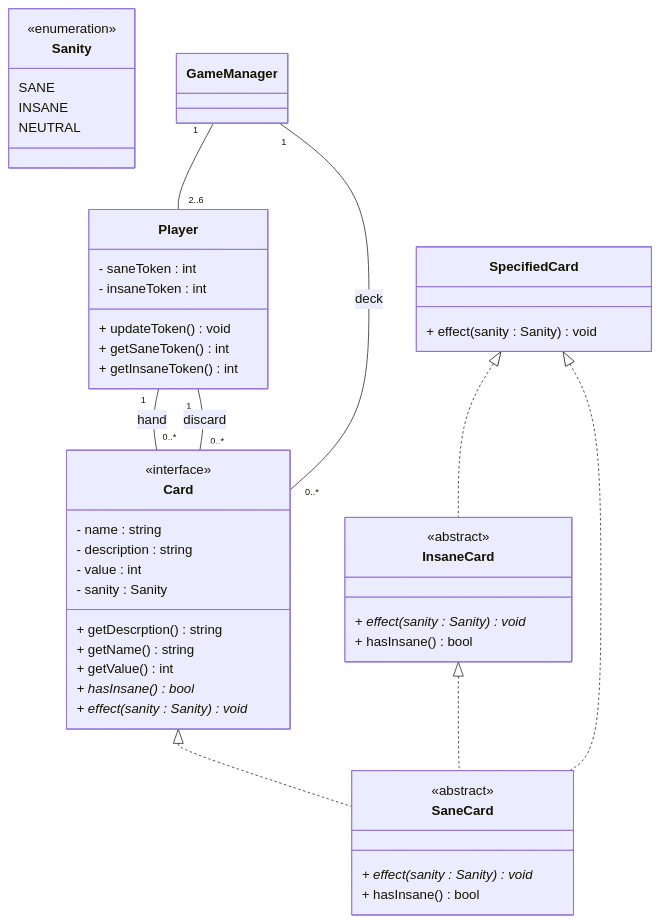
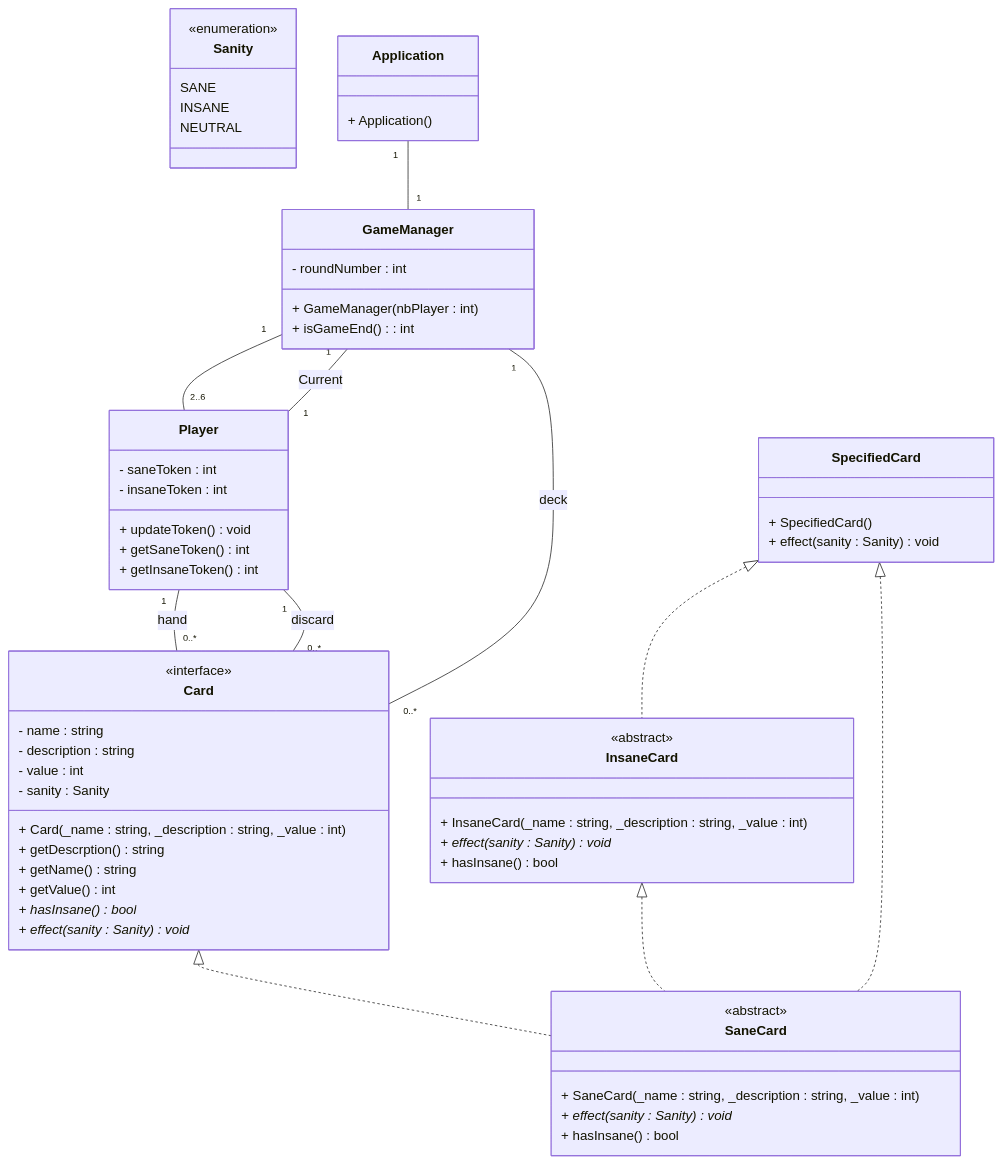
The diagram in docs/uml.mmd (Marsevil/LovecraftLetter_IA), drawn with Mermaid before and after one commit. The commit also changed 1 other file, not shown here.

Commit message:
docs(uml): Final uml
--

main

```diff
--- a/docs/uml.mmd
+++ b/docs/uml.mmd
@@ -1,59 +1,72 @@
 classDiagram
     class Sanity {
     <<enumeration>>
         SANE
         INSANE
         NEUTRAL
     }
 
     class Card {
     <<interface>>
         - name : string
         - description : string
         - value : int
         - sanity : Sanity
 
+        + Card(_name : string, _description : string, _value : int)
         + getDescrption() string
         + getName() string
         + getValue() int
         + hasInsane()* bool
         + effect(sanity : Sanity)* void
     }
 
     class SaneCard {
     <<abstract>>
+        + SaneCard(_name : string, _description : string, _value : int)
         + effect(sanity : Sanity)* void
         + hasInsane() bool
     }
 
     class InsaneCard {
     <<abstract>>
+        + InsaneCard(_name : string, _description : string, _value : int)
         + effect(sanity : Sanity)* void
         + hasInsane() bool
     }
 
     class SpecifiedCard {
+        + SpecifiedCard()
         + effect(sanity : Sanity) void
     }
 
     class GameManager {
-        
+        - roundNumber : int
+
+        + GameManager(nbPlayer : int)
+        + isGameEnd() : int
     }
 
     class Player {
         - saneToken : int
         - insaneToken : int
 
         + updateToken() void
         + getSaneToken() int
         + getInsaneToken() int
     }
 
+    class Application {
+        + Application()
+    }
+
     Card <|.. SaneCard
     InsaneCard <|.. SaneCard
     SpecifiedCard <|.. SaneCard
     SpecifiedCard <|.. InsaneCard
     Player "1" -- "0..*" Card : hand
     Player "1" -- "0..*" Card : discard
     GameManager "1" -- "0..*" Card : deck
     GameManager "1" -- "2..6" Player
+    GameManager "1" -- "1" Player : Current
+    Application "1" -- "1" GameManager
```
